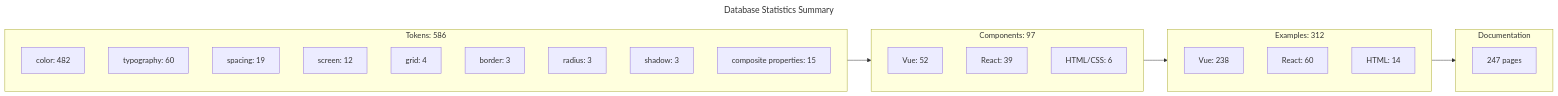
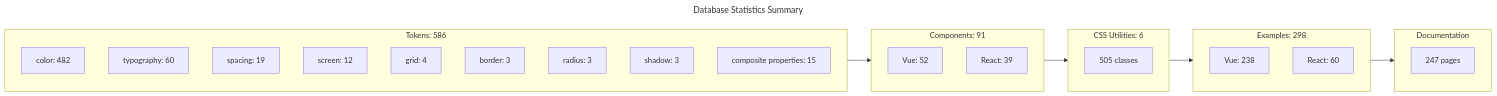
One commit to MerzoukeMansouri/adeo-mozaic-mcp changed the diagram in docs/assets/stats-summary.mmd. Above: the diagram before and after it, drawn with Mermaid. The commit also changed 9 other files, not shown here.

```diff
--- a/docs/assets/stats-summary.mmd
+++ b/docs/assets/stats-summary.mmd
@@ -1,36 +1,39 @@
 ---
 title: Database Statistics Summary
 ---
 flowchart LR
     subgraph Tokens["Tokens: 586"]
         direction TB
         T_color["color: 482"]
         T_typography["typography: 60"]
         T_spacing["spacing: 19"]
         T_screen["screen: 12"]
         T_grid["grid: 4"]
         T_border["border: 3"]
         T_radius["radius: 3"]
         T_shadow["shadow: 3"]
         T_Props["composite properties: 15"]
     end
 
-    subgraph Components["Components: 97"]
+    subgraph Components["Components: 91"]
         direction TB
         Vue["Vue: 52"]
         React["React: 39"]
-        Html["HTML/CSS: 6"]
     end
 
-    subgraph Examples["Examples: 312"]
+    subgraph CssUtils["CSS Utilities: 6"]
+        direction TB
+        CssClasses["505 classes"]
+    end
+
+    subgraph Examples["Examples: 298"]
         direction TB
         VueEx["Vue: 238"]
         ReactEx["React: 60"]
-        HtmlEx["HTML: 14"]
     end
 
     subgraph Docs["Documentation"]
         DocPages["247 pages"]
     end
 
-    Tokens --> Components --> Examples --> Docs
+    Tokens --> Components --> CssUtils --> Examples --> Docs
```
